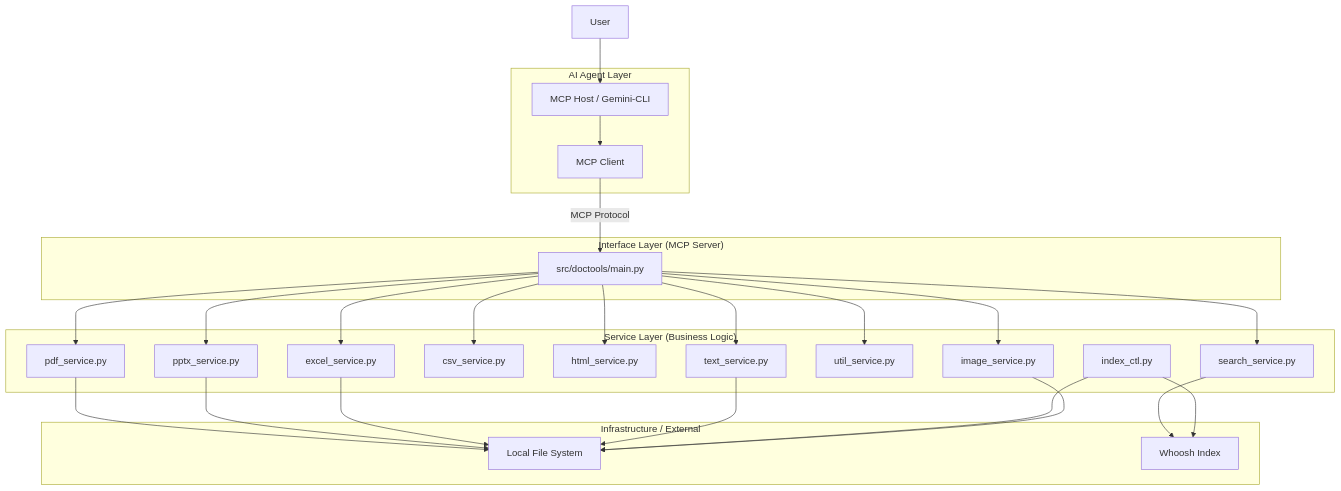
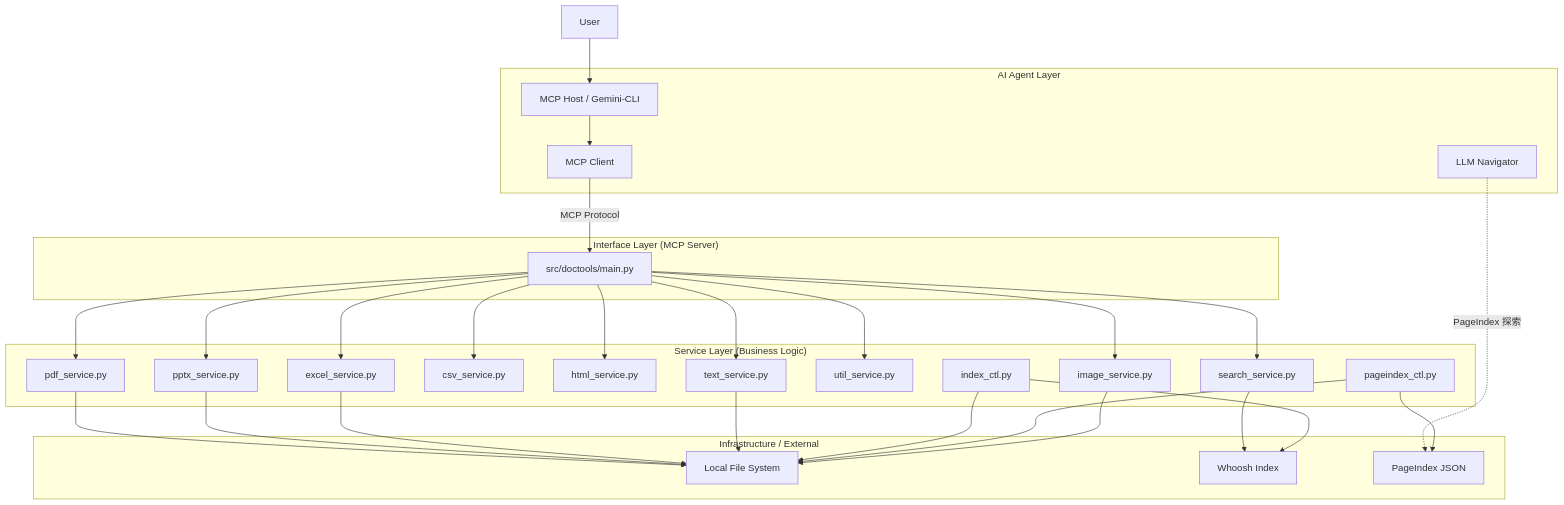
Before and after one commit to snaga/doctools-mcp: the second of 4 diagrams in SPECS/design.md, drawn with Mermaid. The commit also changed other lines of this file and 21 other files, not shown here.

````diff
--- a/SPECS/design.md
+++ b/SPECS/design.md
@@ -368,52 +508,58 @@
 ```mermaid
 graph TD
     User[User] --> MCPHost
     subgraph "AI Agent Layer"
         MCPHost[MCP Host / Gemini-CLI]
+        LLM_Nav[LLM Navigator]
         InterfaceLayer[MCP Client]
     end
     subgraph "Interface Layer (MCP Server)"
         DocMCP[src/doctools/main.py]
     end
     
     subgraph "Service Layer (Business Logic)"
         PdfSvc[pdf_service.py]
         PptxSvc[pptx_service.py]
         ExcelSvc[excel_service.py]
         CsvSvc[csv_service.py]
         HtmlSvc[html_service.py]
         TextSvc[text_service.py]
         UtilSvc[util_service.py]
         SearchSvc[search_service.py]
         IndexCtl[index_ctl.py]
+        PageIndexCtl[pageindex_ctl.py]
         ImageSvc[image_service.py]
     end
 
     subgraph "Infrastructure / External"
         FileSystem[Local File System]
         WhooshIdx[Whoosh Index]
+        PageIndexFile[PageIndex JSON]
     end
 
     MCPHost --> InterfaceLayer
+    LLM_Nav -.->|PageIndex 探索| PageIndexFile
 
     InterfaceLayer -->|MCP Protocol| DocMCP
 
     DocMCP --> PdfSvc
     DocMCP --> PptxSvc
     DocMCP --> ExcelSvc
     DocMCP --> CsvSvc
     DocMCP --> HtmlSvc
     DocMCP --> TextSvc
     DocMCP --> UtilSvc
     DocMCP --> SearchSvc
     DocMCP --> ImageSvc
 
     PdfSvc --> FileSystem
     PptxSvc --> FileSystem
     ExcelSvc --> FileSystem
     TextSvc --> FileSystem
     SearchSvc --> WhooshIdx
     IndexCtl --> WhooshIdx
     IndexCtl --> FileSystem
+    PageIndexCtl --> PageIndexFile
+    PageIndexCtl --> FileSystem
     ImageSvc --> FileSystem
 ```
````
